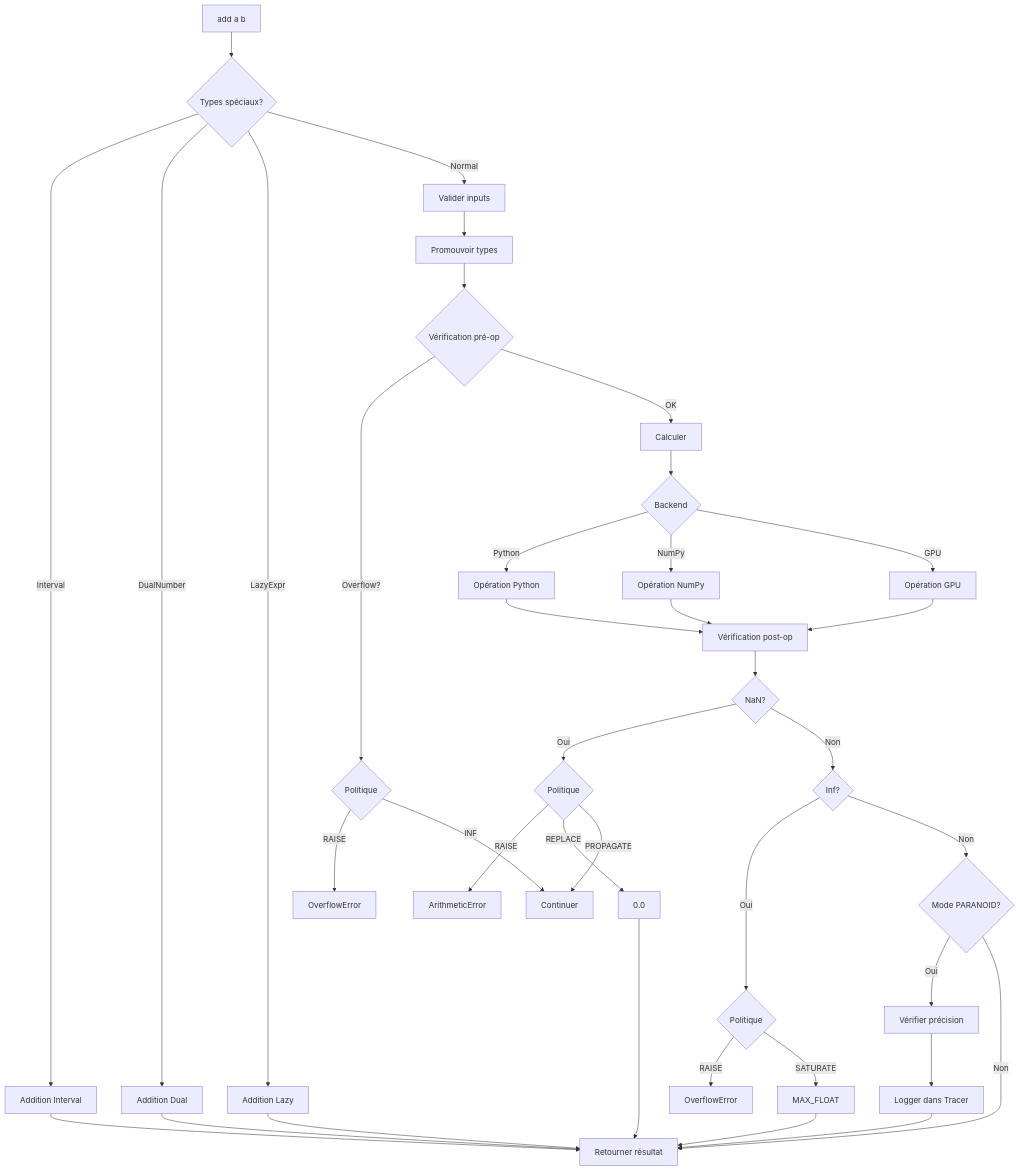
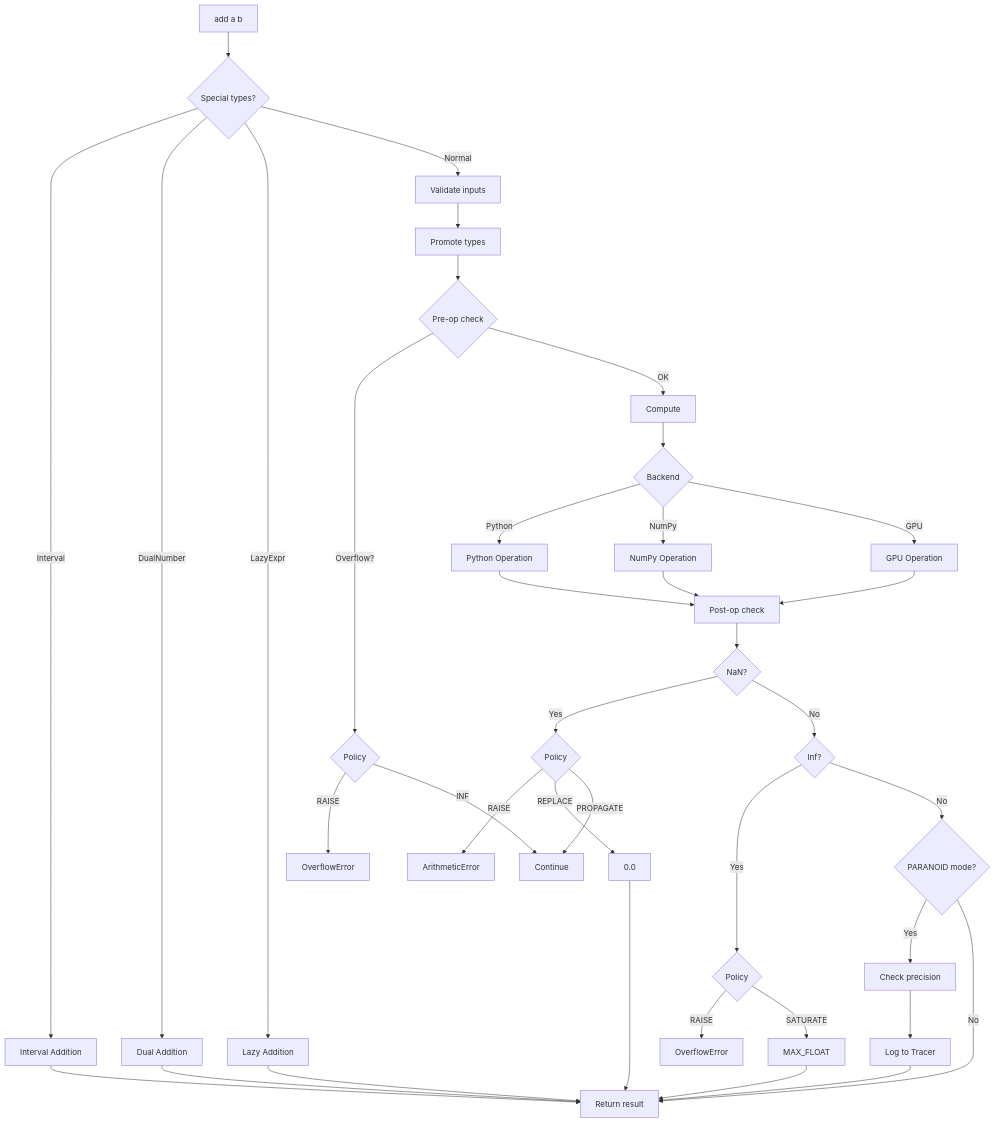
The second of 8 diagrams in docs/diagrams.md (Zerhal/nuclear-add), drawn with Mermaid before and after one commit. The commit also changed other lines of this file and 10 other files, not shown here.

````diff
--- a/docs/diagrams.md
+++ b/docs/diagrams.md
@@ -38,48 +38,48 @@
 ```mermaid
 flowchart TD
-    Start[add a b] --> CheckTypes{Types spéciaux?}
-    CheckTypes -->|Interval| IntervalAdd[Addition Interval]
-    CheckTypes -->|DualNumber| DualAdd[Addition Dual]
-    CheckTypes -->|LazyExpr| LazyAdd[Addition Lazy]
-    CheckTypes -->|Normal| Validate[Valider inputs]
+    Start[add a b] --> CheckTypes{Special types?}
+    CheckTypes -->|Interval| IntervalAdd[Interval Addition]
+    CheckTypes -->|DualNumber| DualAdd[Dual Addition]
+    CheckTypes -->|LazyExpr| LazyAdd[Lazy Addition]
+    CheckTypes -->|Normal| Validate[Validate inputs]
     
-    Validate --> Promote[Promouvoir types]
-    Promote --> PreCheck{Vérification pré-op}
-    PreCheck -->|Overflow?| OverflowPolicy{Politique}
+    Validate --> Promote[Promote types]
+    Promote --> PreCheck{Pre-op check}
+    PreCheck -->|Overflow?| OverflowPolicy{Policy}
     OverflowPolicy -->|RAISE| RaiseError[OverflowError]
-    OverflowPolicy -->|INF| Continue[Continuer]
-    PreCheck -->|OK| Compute[Calculer]
+    OverflowPolicy -->|INF| Continue[Continue]
+    PreCheck -->|OK| Compute[Compute]
     
     Compute --> Backend{Backend}
-    Backend -->|Python| PythonOp[Opération Python]
-    Backend -->|NumPy| NumPyOp[Opération NumPy]
-    Backend -->|GPU| GPUOp[Opération GPU]
+    Backend -->|Python| PythonOp[Python Operation]
+    Backend -->|NumPy| NumPyOp[NumPy Operation]
+    Backend -->|GPU| GPUOp[GPU Operation]
     
-    PythonOp --> PostCheck[Vérification post-op]
+    PythonOp --> PostCheck[Post-op check]
     NumPyOp --> PostCheck
     GPUOp --> PostCheck
     
     PostCheck --> CheckNaN{NaN?}
-    CheckNaN -->|Oui| NaNPolicy{Politique}
+    CheckNaN -->|Yes| NaNPolicy{Policy}
     NaNPolicy -->|RAISE| RaiseNaN[ArithmeticError]
     NaNPolicy -->|REPLACE| Replace[0.0]
     NaNPolicy -->|PROPAGATE| Continue
     
-    CheckNaN -->|Non| CheckInf{Inf?}
-    CheckInf -->|Oui| InfPolicy{Politique}
+    CheckNaN -->|No| CheckInf{Inf?}
+    CheckInf -->|Yes| InfPolicy{Policy}
     InfPolicy -->|RAISE| RaiseInf[OverflowError]
     InfPolicy -->|SATURATE| Saturate[MAX_FLOAT]
     
-    CheckInf -->|Non| Paranoid{Mode PARANOID?}
-    Paranoid -->|Oui| PrecisionCheck[Vérifier précision]
-    Paranoid -->|Non| Return[Retourner résultat]
+    CheckInf -->|No| Paranoid{PARANOID mode?}
+    Paranoid -->|Yes| PrecisionCheck[Check precision]
+    Paranoid -->|No| Return[Return result]
     
-    PrecisionCheck --> Trace[Logger dans Tracer]
+    PrecisionCheck --> Trace[Log to Tracer]
     Trace --> Return
     
     IntervalAdd --> Return
     DualAdd --> Return
     LazyAdd --> Return
     Replace --> Return
     Saturate --> Return
 ```
````
